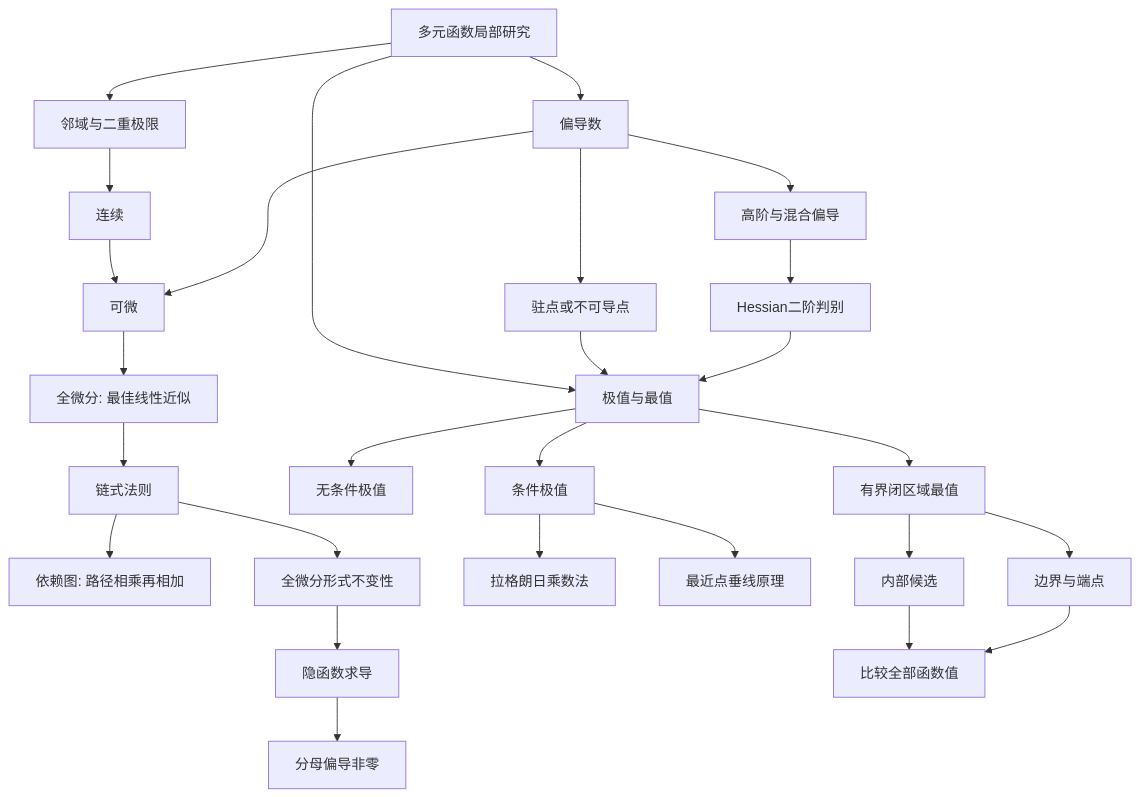
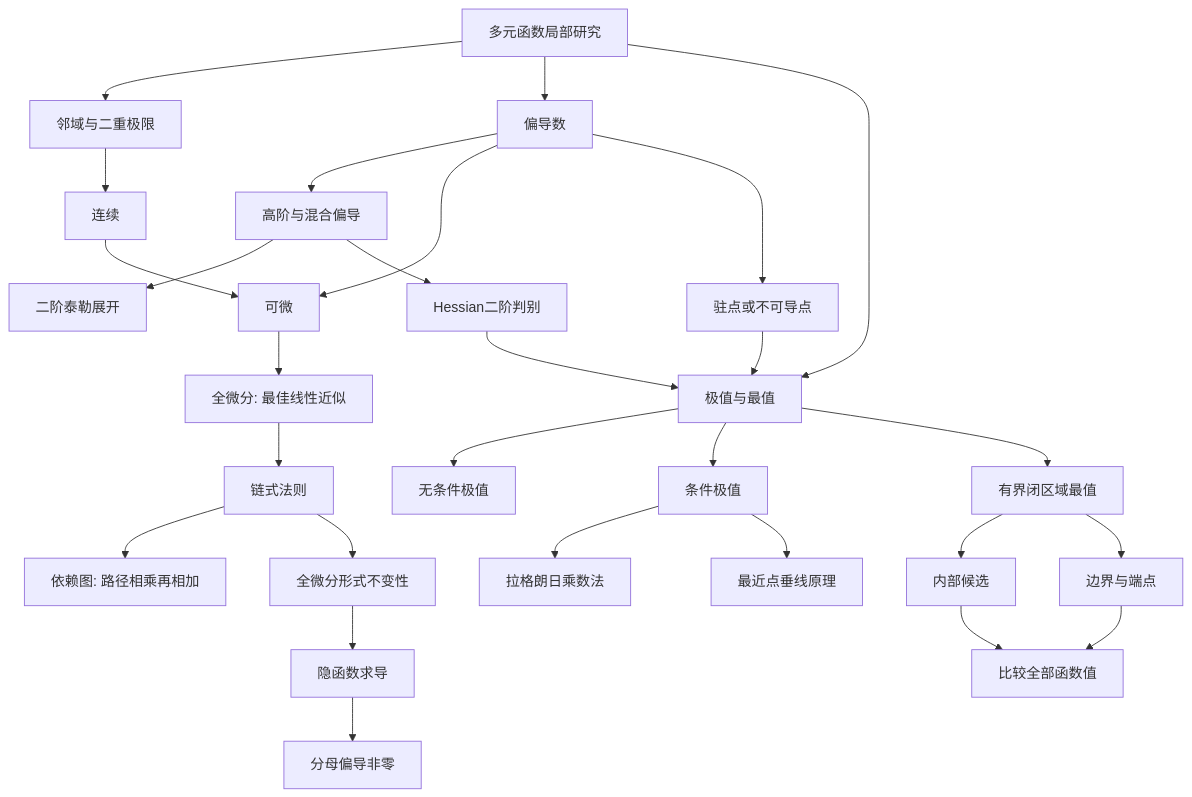
Before and after one commit to Cthaat/Obsidian: the diagram in 考研数学/张宇基础30讲笔记/13_高数第13讲_多元函数微分学.md, drawn with Mermaid. The commit also changed other lines of this file and 20 other files, not shown here.

````diff
--- a/考研数学/张宇基础30讲笔记/13_高数第13讲_多元函数微分学.md
+++ b/考研数学/张宇基础30讲笔记/13_高数第13讲_多元函数微分学.md
@@ -45,29 +45,30 @@
 ```mermaid
 flowchart TD
     A[多元函数局部研究] --> B[邻域与二重极限]
     B --> C[连续]
     A --> D[偏导数]
     D --> E[高阶与混合偏导]
+    E --> E1[二阶泰勒展开]
     C --> F[可微]
     D --> F
     F --> G[全微分: 最佳线性近似]
     G --> H[链式法则]
     H --> H1[依赖图: 路径相乘再相加]
     H --> I[全微分形式不变性]
     I --> J[隐函数求导]
     J --> J1[分母偏导非零]
     A --> K[极值与最值]
     D --> K1[驻点或不可导点]
     E --> K2[Hessian二阶判别]
     K1 --> K
     K2 --> K
     K --> L[无条件极值]
     K --> M[条件极值]
     M --> M1[拉格朗日乘数法]
     M --> M2[最近点垂线原理]
     K --> N[有界闭区域最值]
     N --> N1[内部候选]
     N --> N2[边界与端点]
     N1 --> N3[比较全部函数值]
     N2 --> N3
 ```
````
